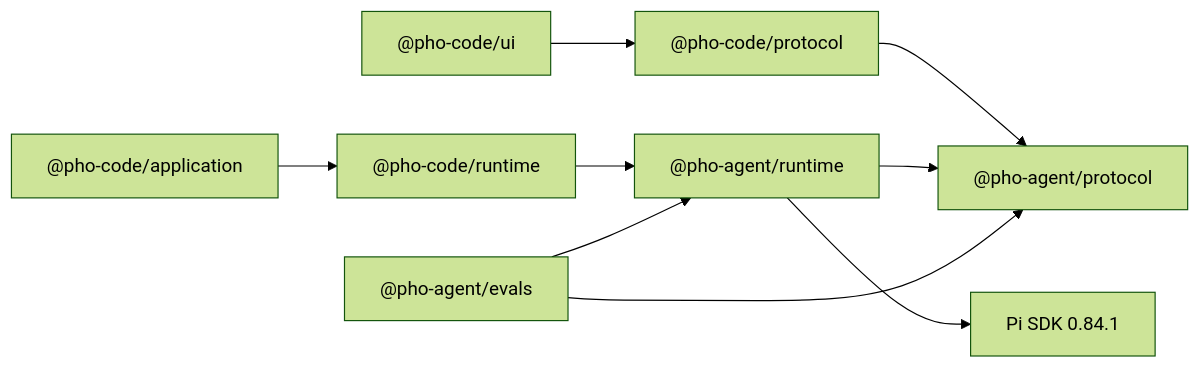
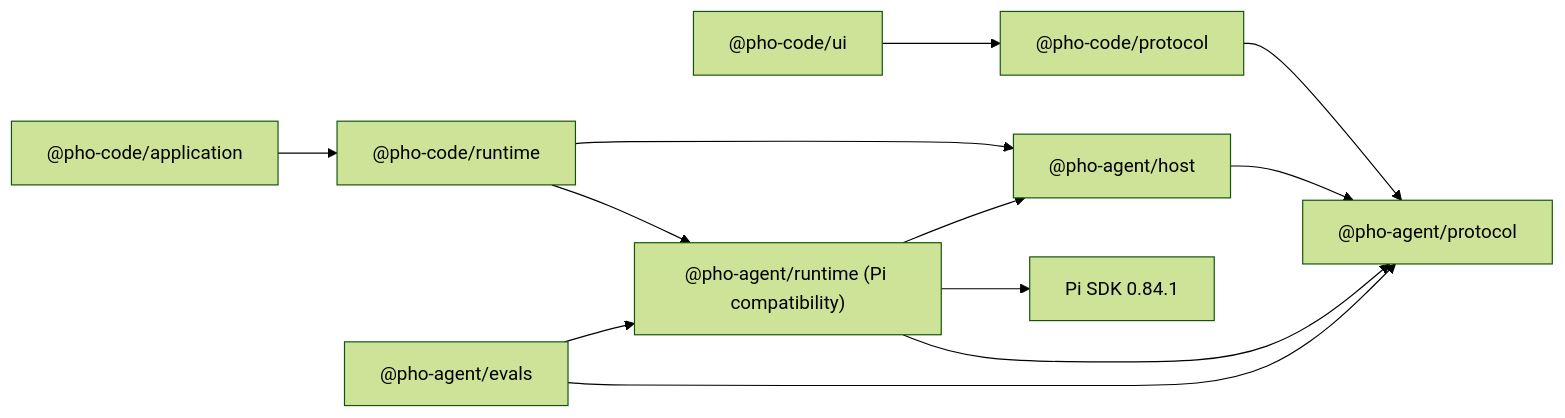
Before and after one commit to vietfood/pho-code: the diagram in docs/version/v5/implementation-plan.md, drawn with Mermaid (forest theme). The commit also changed other lines of this file and 73 other files, not shown here.

````diff
--- a/docs/version/v5/implementation-plan.md
+++ b/docs/version/v5/implementation-plan.md
@@ -82,11 +138,14 @@
 ```mermaid
 flowchart LR
     CodeUI["@pho-code/ui"] --> CodeProtocol["@pho-code/protocol"]
     CodeProtocol --> AgentProtocol["@pho-agent/protocol"]
     CodeApplication["@pho-code/application"] --> CodeRuntime["@pho-code/runtime"]
-    CodeRuntime --> AgentRuntime["@pho-agent/runtime"]
+    CodeRuntime --> AgentHost["@pho-agent/host"]
+    AgentHost --> AgentProtocol
+    CodeRuntime --> AgentRuntime["@pho-agent/runtime (Pi compatibility)"]
+    AgentRuntime --> AgentHost
     AgentRuntime --> AgentProtocol
     AgentRuntime --> Pi["Pi SDK 0.84.1"]
     AgentEvals["@pho-agent/evals"] --> AgentRuntime
     AgentEvals --> AgentProtocol
 ```
````
